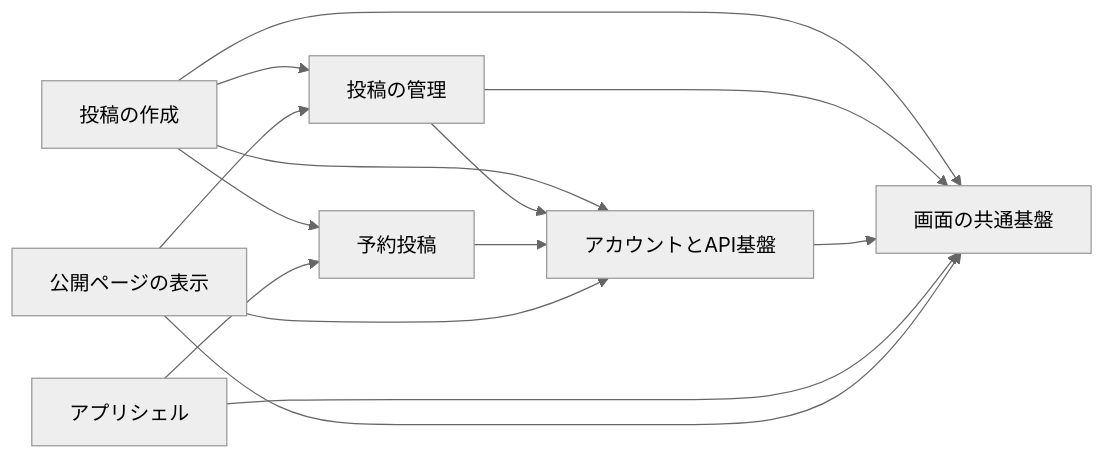
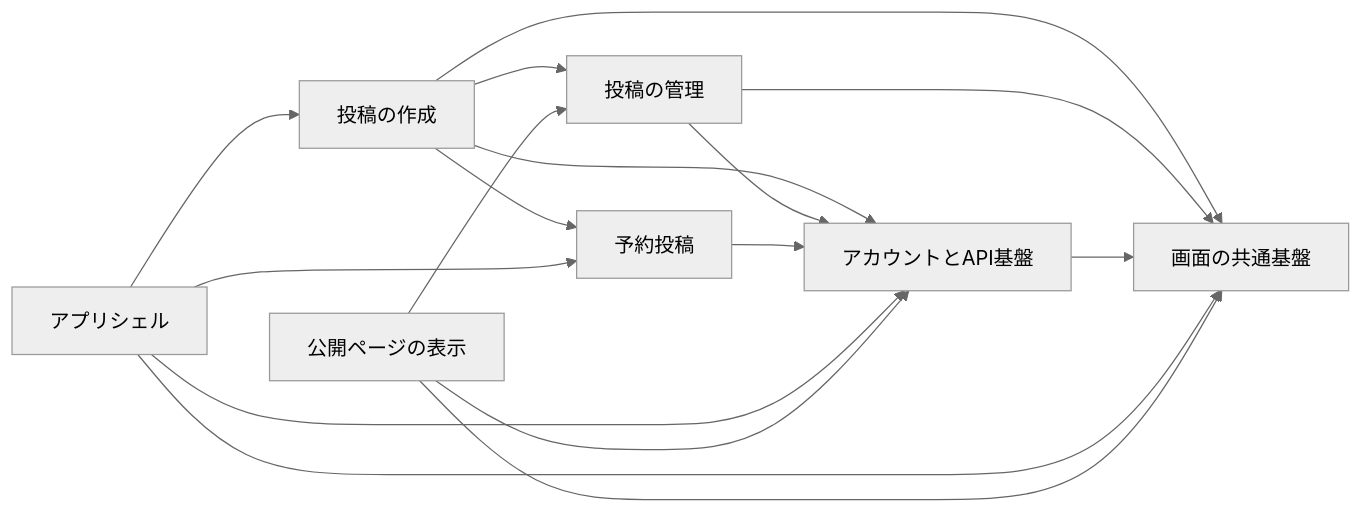
One commit to nekono-dev/skyshare changed the first of 4 diagrams in docs/architecture.md. Above: the diagram before and after it, drawn with Mermaid (neutral theme). The commit also changed other lines of this file and 52 other files, not shown here.

````diff
--- a/docs/architecture.md
+++ b/docs/architecture.md
@@ -38,16 +39,18 @@
 ```mermaid
 flowchart LR
   compose["投稿の作成"] --> manage["投稿の管理"]
   compose --> common["画面の共通基盤"]
   compose --> base["アカウントとAPI基盤"]
   manage --> common
   manage --> base
   base --> common
   schedule["予約投稿"] --> base
   compose --> schedule
   shell["アプリシェル"] --> common
   shell --> schedule
+  shell --> base
+  shell --> compose
   view["公開ページの表示"] --> common
   view --> base
   view --> manage
 ```
````
